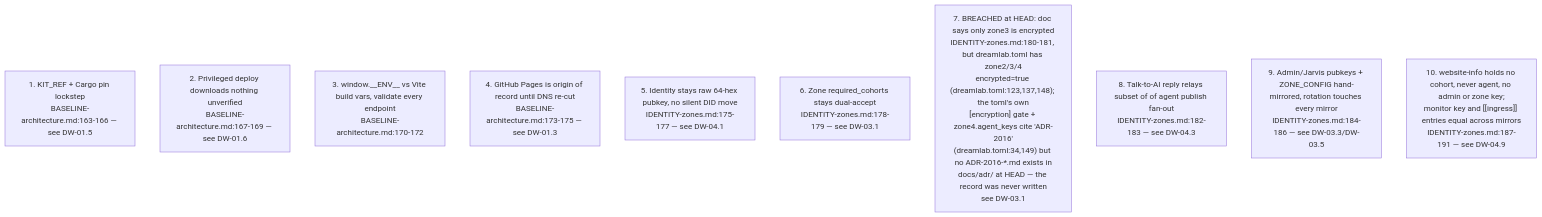
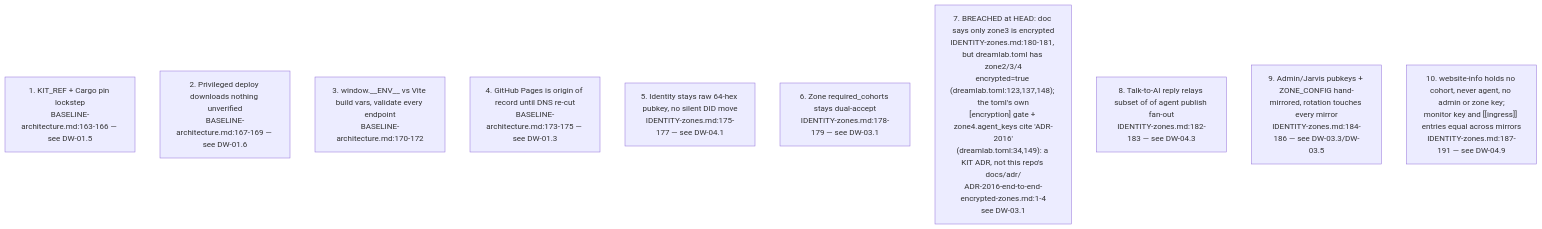
Before and after one commit to DreamLab-AI/VisionFlow: the fourth of 7 diagrams in docs/diagrams/dreamlab-ai-website/06-content-pipeline-and-invariants-register.md, drawn with Mermaid. The commit also changed other lines of this file and 91 other files, not shown here.

````diff
--- a/docs/diagrams/dreamlab-ai-website/06-content-pipeline-and-invariants-register.md
+++ b/docs/diagrams/dreamlab-ai-website/06-content-pipeline-and-invariants-register.md
@@ -93,13 +95,13 @@
 ```mermaid
 flowchart TB
     I1["1. KIT_REF + Cargo pin lockstep<br/>BASELINE-architecture.md:163-166 — see DW-01.5"]
     I2["2. Privileged deploy downloads nothing unverified<br/>BASELINE-architecture.md:167-169 — see DW-01.6"]
     I3["3. window.__ENV__ vs Vite build vars, validate every endpoint<br/>BASELINE-architecture.md:170-172"]
     I4["4. GitHub Pages is origin of record until DNS re-cut<br/>BASELINE-architecture.md:173-175 — see DW-01.3"]
     I5["5. Identity stays raw 64-hex pubkey, no silent DID move<br/>IDENTITY-zones.md:175-177 — see DW-04.1"]
     I6["6. Zone required_cohorts stays dual-accept<br/>IDENTITY-zones.md:178-179 — see DW-03.1"]
-    I7["7. BREACHED at HEAD: doc says only zone3 is encrypted<br/>IDENTITY-zones.md:180-181, but dreamlab.toml has zone2/3/4<br/>encrypted=true (dreamlab.toml:123,137,148); the toml's own<br/>[encryption] gate + zone4.agent_keys cite 'ADR-2016'<br/>(dreamlab.toml:34,149) but no ADR-2016-*.md exists in<br/>docs/adr/ at HEAD — the record was never written<br/>see DW-03.1"]
+    I7["7. BREACHED at HEAD: doc says only zone3 is encrypted<br/>IDENTITY-zones.md:180-181, but dreamlab.toml has zone2/3/4<br/>encrypted=true (dreamlab.toml:123,137,148); the toml's own<br/>[encryption] gate + zone4.agent_keys cite 'ADR-2016'<br/>(dreamlab.toml:34,149): a KIT ADR, not this repo's docs/adr/<br/>ADR-2016-end-to-end-encrypted-zones.md:1-4<br/>see DW-03.1"]
     I8["8. Talk-to-AI reply relays subset of of agent publish fan-out<br/>IDENTITY-zones.md:182-183 — see DW-04.3"]
     I9["9. Admin/Jarvis pubkeys + ZONE_CONFIG hand-mirrored, rotation touches every mirror<br/>IDENTITY-zones.md:184-186 — see DW-03.3/DW-03.5"]
     I10["10. website-info holds no cohort, never agent, no admin or zone key;<br/>monitor key and [[ingress]] entries equal across mirrors<br/>IDENTITY-zones.md:187-191 — see DW-04.9"]
 ```
````
